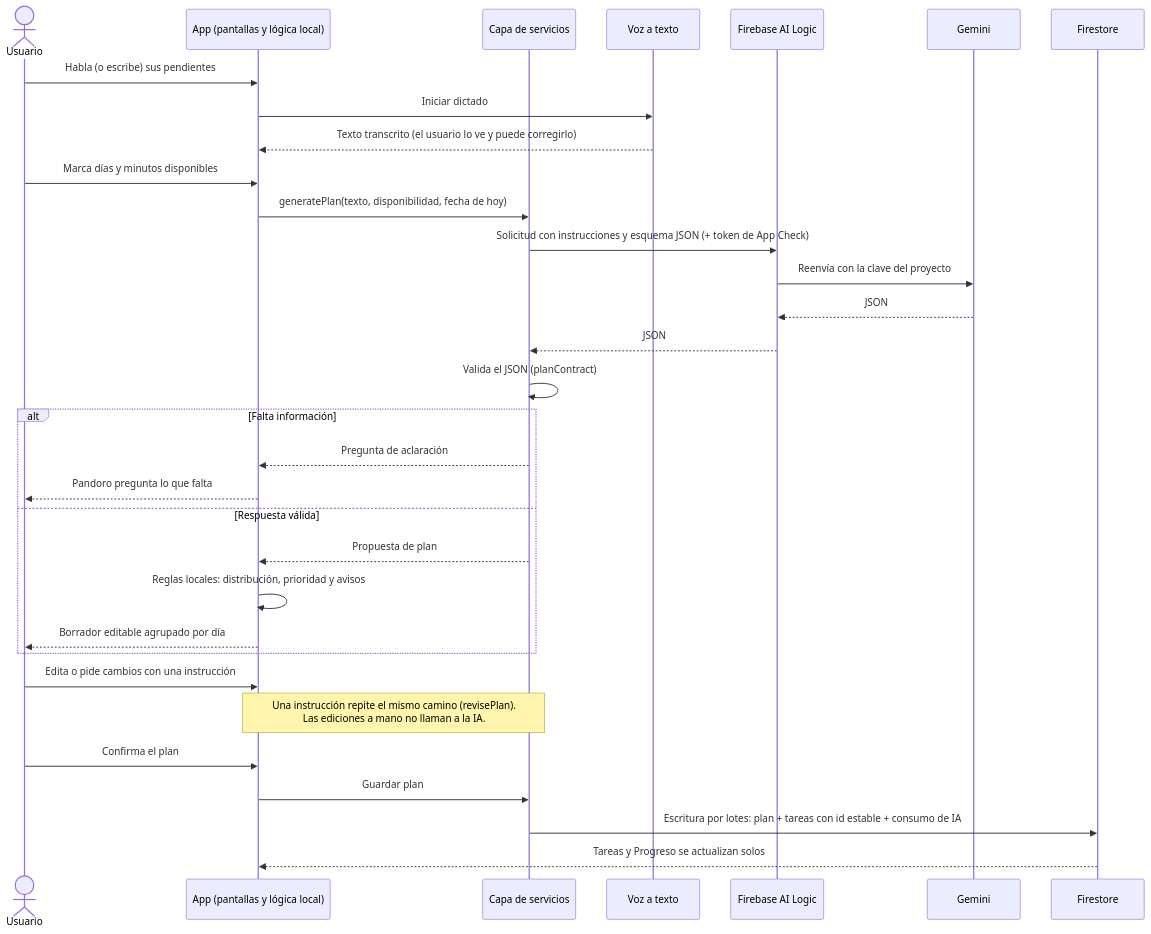
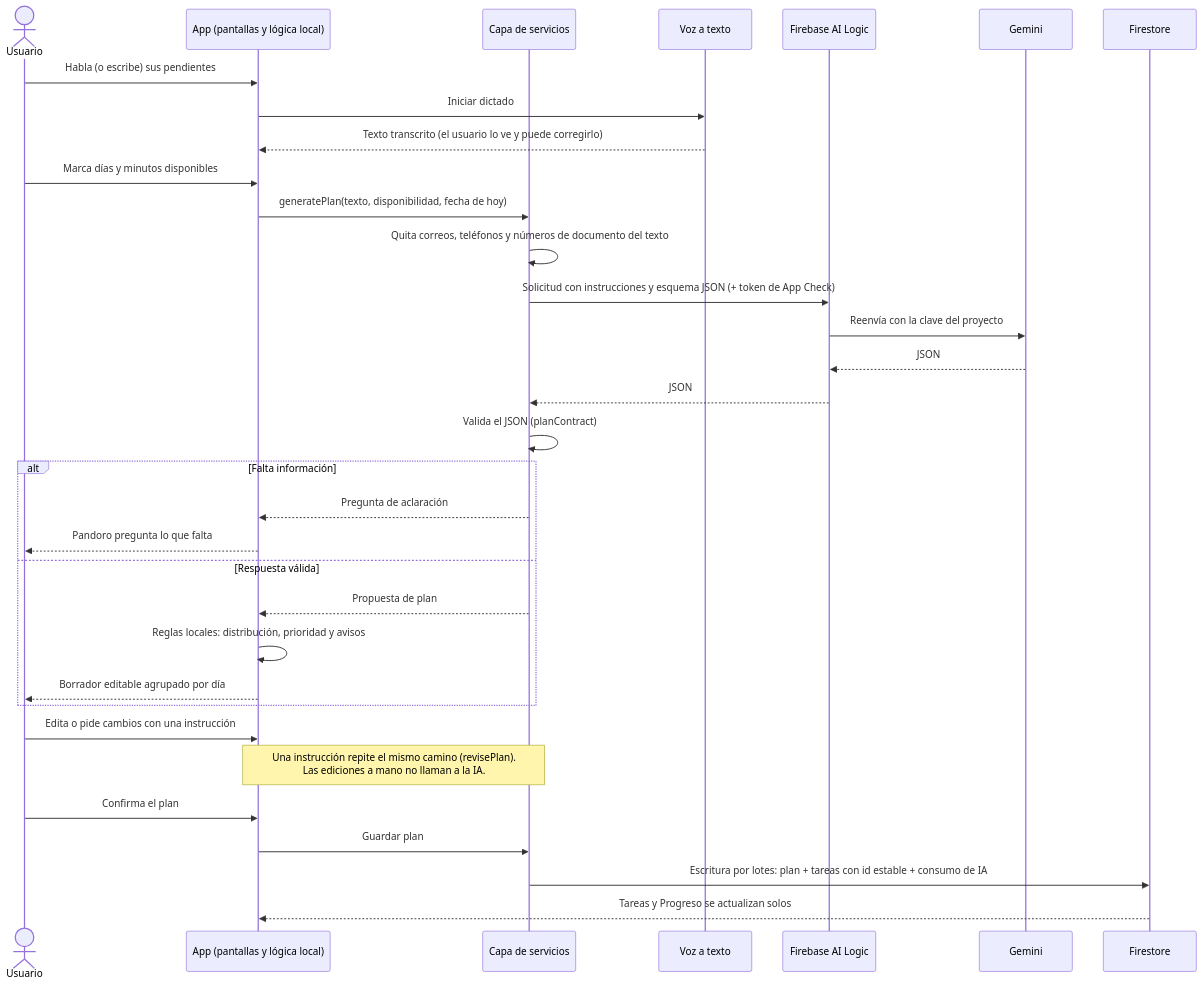
One commit to Carlos22709/Pandoro changed the diagram in docs/arquitectura.md. Above: the diagram before and after it, drawn with Mermaid. The commit also changed other lines of this file, not shown here.

First line of the commit message:
📝 Align the architecture with the regulatory framework

````diff
--- a/docs/arquitectura.md
+++ b/docs/arquitectura.md
@@ -125,35 +130,36 @@
 ```mermaid
 sequenceDiagram
     actor U as Usuario
     participant A as App (pantallas y lógica local)
     participant S as Capa de servicios
     participant V as Voz a texto
     participant AI as Firebase AI Logic
     participant G as Gemini
     participant F as Firestore
 
     U->>A: Habla (o escribe) sus pendientes
     A->>V: Iniciar dictado
     V-->>A: Texto transcrito (el usuario lo ve y puede corregirlo)
     U->>A: Marca días y minutos disponibles
     A->>S: generatePlan(texto, disponibilidad, fecha de hoy)
+    S->>S: Quita correos, teléfonos y números de documento del texto
     S->>AI: Solicitud con instrucciones y esquema JSON (+ token de App Check)
     AI->>G: Reenvía con la clave del proyecto
     G-->>AI: JSON
     AI-->>S: JSON
     S->>S: Valida el JSON (planContract)
     alt Falta información
         S-->>A: Pregunta de aclaración
         A-->>U: Pandoro pregunta lo que falta
     else Respuesta válida
         S-->>A: Propuesta de plan
         A->>A: Reglas locales: distribución, prioridad y avisos
         A-->>U: Borrador editable agrupado por día
     end
     U->>A: Edita o pide cambios con una instrucción
     Note over A,S: Una instrucción repite el mismo camino (revisePlan).<br/>Las ediciones a mano no llaman a la IA.
     U->>A: Confirma el plan
     A->>S: Guardar plan
     S->>F: Escritura por lotes: plan + tareas con id estable + consumo de IA
     F-->>A: Tareas y Progreso se actualizan solos
 ```
````
